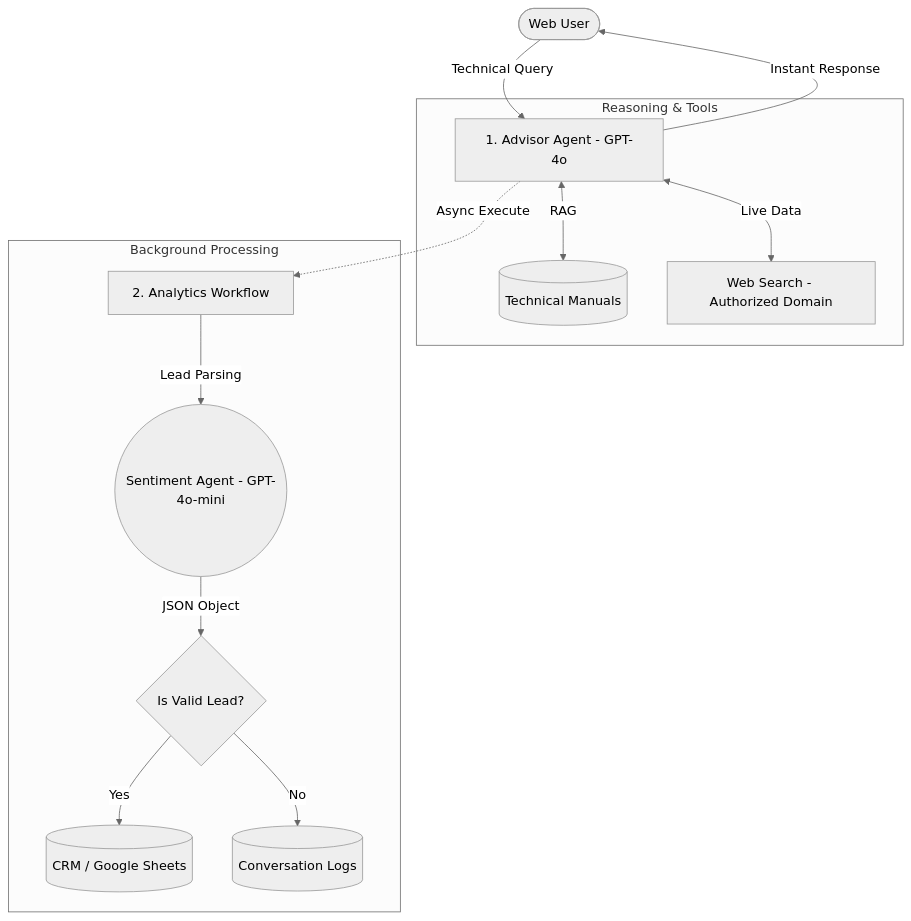
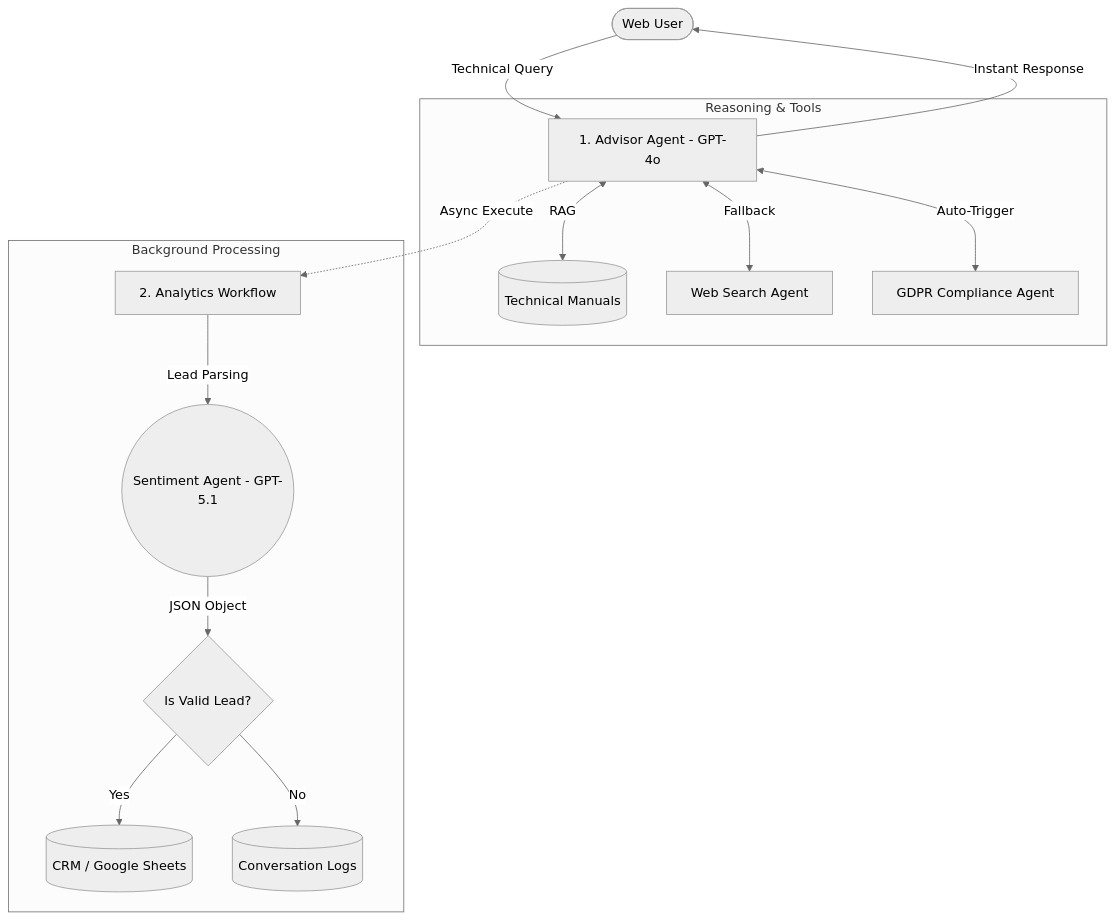
Before and after one commit to tparzonka/expert-ai-sales-advisor-system: the diagram in README.md, drawn with Mermaid (neutral theme). The commit also changed other lines of this file, not shown here.

````diff
--- a/README.md
+++ b/README.md
@@ -35,21 +39,22 @@
 ```mermaid
 graph TD
     User([Web User]) -->|Technical Query| Frontend[1. Advisor Agent - GPT-4o]
     
     subgraph "Reasoning & Tools"
     Frontend <-->|RAG| VectorDB[(Technical Manuals)]
-    Frontend <-->|Live Data| WebSearch[Web Search - Authorized Domain]
+    Frontend <-->|Fallback| WebSearch[Web Search Agent]
+    Frontend <-->|Auto-Trigger| GDPR[GDPR Compliance Agent]
     end
 
     Frontend -->|Instant Response| User
     
     %% Async Trigger
     Frontend -.->|Async Execute| Backend[2. Analytics Workflow]
     
     subgraph "Background Processing"
-    Backend -->|Lead Parsing| LeadAgent((Sentiment Agent - GPT-4o-mini))
+    Backend -->|Lead Parsing| LeadAgent((Sentiment Agent - GPT-5.1))
     LeadAgent -->|JSON Object| Qualifier{Is Valid Lead?}
     Qualifier -->|Yes| CRM[(CRM / Google Sheets)]
     Qualifier -->|No| Logs[(Conversation Logs)]
     end
 ```
````
